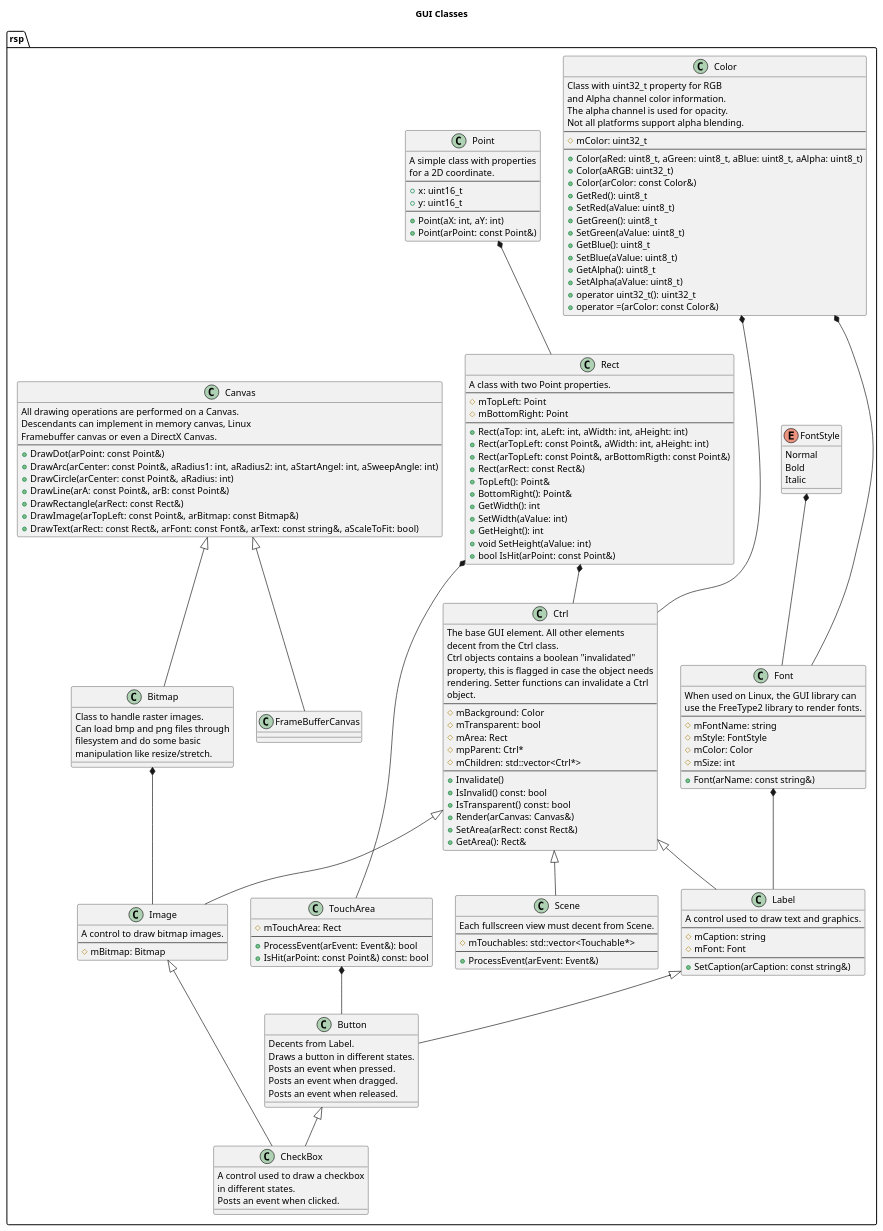
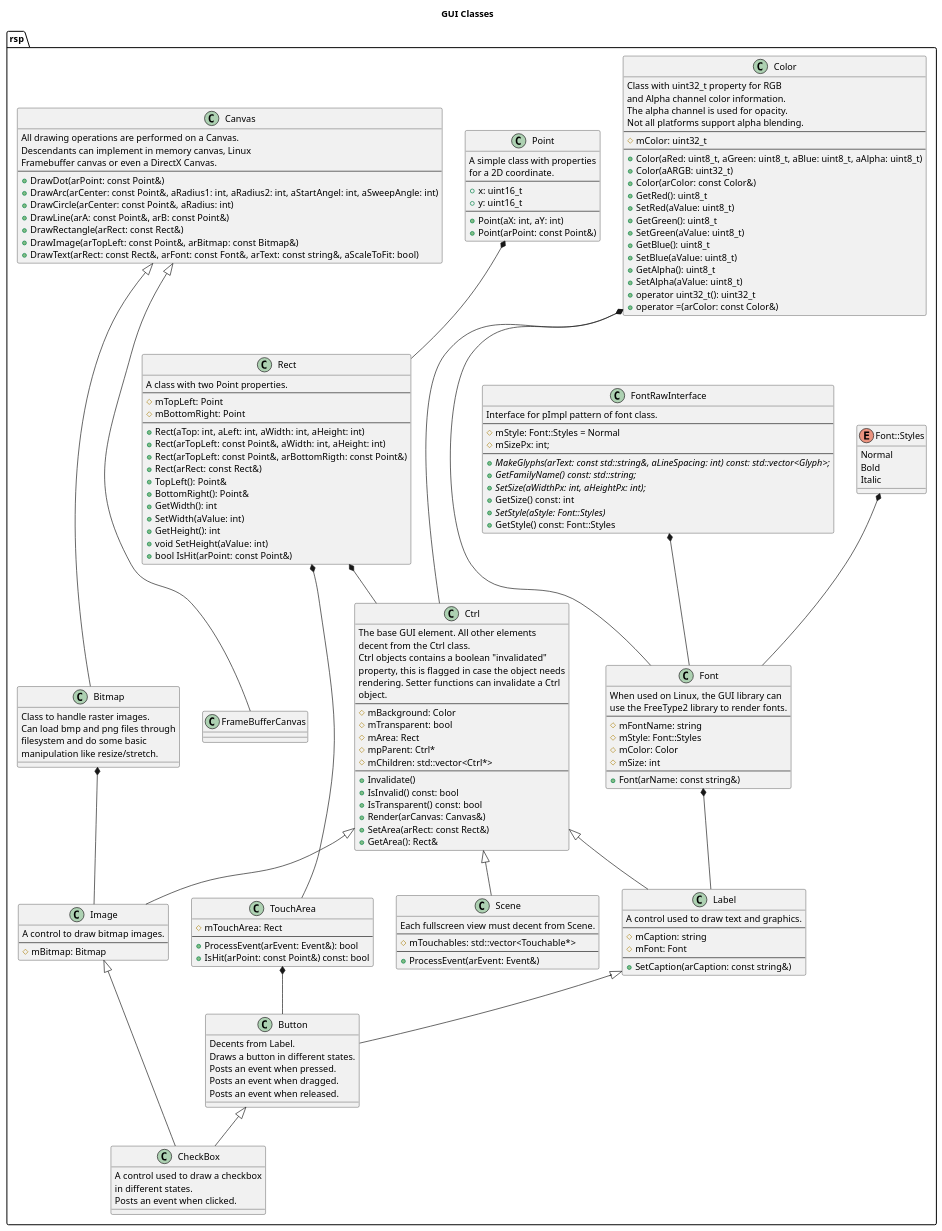
One commit to rsps/rsp-core-library changed the diagram in docs/uml/GUI Classes.puml. Above: the diagram before and after it, drawn with PlantUML. The commit also changed 2 other files, not shown here.

Commit message:
Changed FontpImpl to std::unique_ptr
Added assert if not instantiated in constructor
Only FreeType support is currently implemented.

```diff
--- a/docs/uml/GUI Classes.puml
+++ b/docs/uml/GUI Classes.puml
@@ -57,10 +57,24 @@
     +operator =(arColor: const Color&)
 }
 
-enum FontStyle {
+enum Font::Styles {
     Normal
     Bold
     Italic
+}
+
+class FontRawInterface {
+    Interface for pImpl pattern of font class.
+--
+    #mStyle: Font::Styles = Normal
+    #mSizePx: int;
+--
+    +{abstract} MakeGlyphs(arText: const std::string&, aLineSpacing: int) const: std::vector<Glyph>;
+    +{abstract} GetFamilyName() const: std::string;
+    +{abstract} SetSize(aWidthPx: int, aHeightPx: int);
+    +GetSize() const: int
+    +{abstract} SetStyle(aStyle: Font::Styles)
+    +GetStyle() const: Font::Styles
 }
 
 class Font {
@@ -68,14 +82,15 @@
     use the FreeType2 library to render fonts.
 --
     #mFontName: string
-    #mStyle: FontStyle
+    #mStyle: Font::Styles
     #mColor: Color
     #mSize: int
 --
     +Font(arName: const string&)
 }
-FontStyle *-- Font
+Font::Styles *-- Font
 Color *--- Font
+FontRawInterface *-- Font
 
 class Bitmap {
     Class to handle raster images.
@@ -97,11 +112,11 @@
     +DrawImage(arTopLeft: const Point&, arBitmap: const Bitmap&)
     +DrawText(arRect: const Rect&, arFont: const Font&, arText: const string&, aScaleToFit: bool)
 }
-Canvas <|-- Bitmap
+Canvas <|--- Bitmap
 
 class FrameBufferCanvas {
 }
-Canvas <|-- FrameBufferCanvas
+Canvas <|--- FrameBufferCanvas
 
 class TouchArea {
     #mTouchArea: Rect
```
